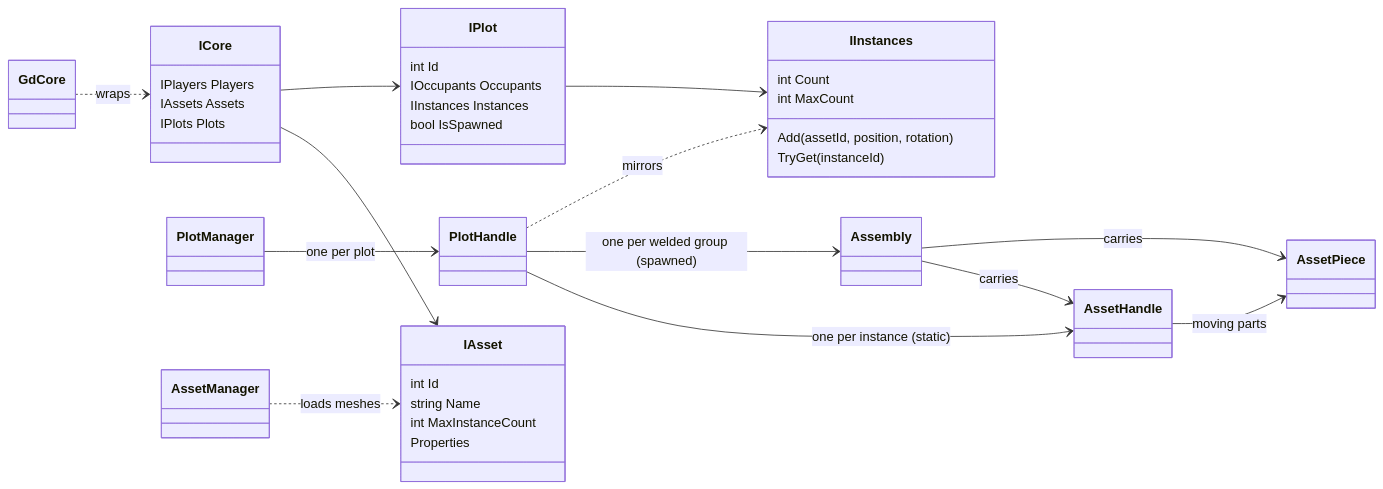
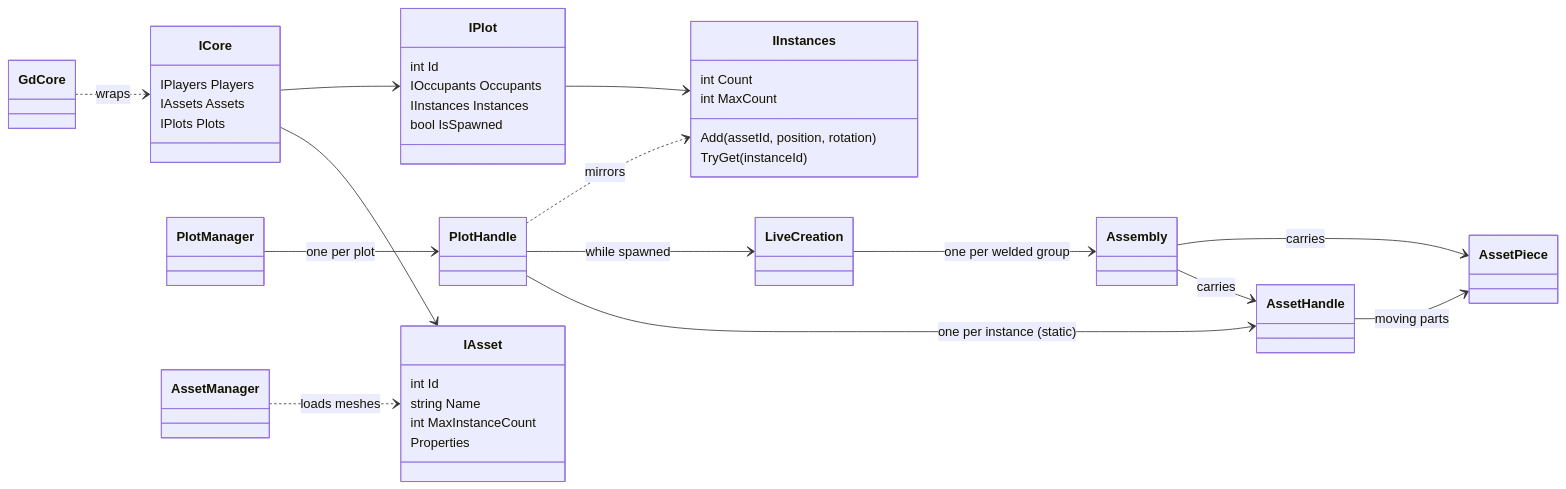
One commit to SubParSuperCar/Ensemble changed the third of 7 diagrams in .github/README.md. Above: the diagram before and after it, drawn with Mermaid. The commit also changed other lines of this file and 61 other files, not shown here.

````diff
--- a/.github/README.md
+++ b/.github/README.md
@@ -378,47 +378,49 @@
 ```mermaid
 classDiagram
     direction LR
     class ICore {
         IPlayers Players
         IAssets Assets
         IPlots Plots
     }
     class IAsset {
         int Id
         string Name
         int MaxInstanceCount
         Properties
     }
     class IPlot {
         int Id
         IOccupants Occupants
         IInstances Instances
         bool IsSpawned
     }
     class IInstances {
         int Count
         int MaxCount
         Add(assetId, position, rotation)
         TryGet(instanceId)
     }
     class GdCore
     class PlotManager
     class PlotHandle
+    class LiveCreation
     class Assembly
     class AssetManager
     class AssetHandle
     class AssetPiece
 
     ICore --> IAsset
     ICore --> IPlot
     IPlot --> IInstances
     GdCore ..> ICore : wraps
     PlotManager --> PlotHandle : one per plot
     PlotHandle --> AssetHandle : one per instance (static)
-    PlotHandle --> Assembly : one per welded group (spawned)
+    PlotHandle --> LiveCreation : while spawned
+    LiveCreation --> Assembly : one per welded group
     Assembly --> AssetHandle : carries
     Assembly --> AssetPiece : carries
     AssetHandle --> AssetPiece : moving parts
     AssetManager ..> IAsset : loads meshes
     PlotHandle ..> IInstances : mirrors
 ```
````
